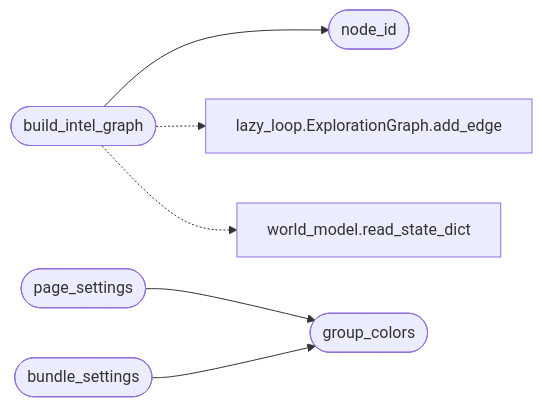
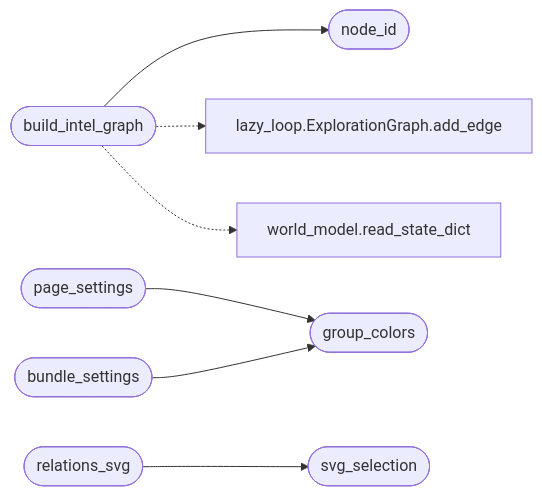
Before and after one commit to grisuno/LazyOwn: the diagram in readmenator-apidocs/modules/modules.intel_fusion.py.md, drawn with Mermaid. The commit also changed other lines of this file and 216 other files, not shown here.

First line of the commit message:
feat: intel graph svg report appendix, hint fingerprint dedup, lab-only default scope guard, lazykerninc addon for cve-2026-40369

````diff
--- a/readmenator-apidocs/modules/modules.intel_fusion.py.md
+++ b/readmenator-apidocs/modules/modules.intel_fusion.py.md
@@ -31,15 +31,18 @@
 ```mermaid
 flowchart LR
     n_modules_intel_fusion_py__build_intel_graph(["build_intel_graph"])
     n_modules_intel_fusion_py__node_id(["node_id"])
     n_modules_intel_fusion_py__page_settings(["page_settings"])
     n_modules_intel_fusion_py__group_colors(["group_colors"])
     n_modules_intel_fusion_py__bundle_settings(["bundle_settings"])
+    n_modules_intel_fusion_py__relations_svg(["relations_svg"])
+    n_modules_intel_fusion_py__svg_selection(["svg_selection"])
     n_modules_lazy_loop_py__ExplorationGraph_add_edge["lazy_loop.ExplorationGraph.add_edge"]
     n_modules_world_model_py__read_state_dict["world_model.read_state_dict"]
     n_modules_intel_fusion_py__build_intel_graph --> n_modules_intel_fusion_py__node_id
     n_modules_intel_fusion_py__page_settings --> n_modules_intel_fusion_py__group_colors
     n_modules_intel_fusion_py__bundle_settings --> n_modules_intel_fusion_py__group_colors
+    n_modules_intel_fusion_py__relations_svg --> n_modules_intel_fusion_py__svg_selection
     n_modules_intel_fusion_py__build_intel_graph -.-> n_modules_lazy_loop_py__ExplorationGraph_add_edge
     n_modules_intel_fusion_py__build_intel_graph -.-> n_modules_world_model_py__read_state_dict
 ```
````
